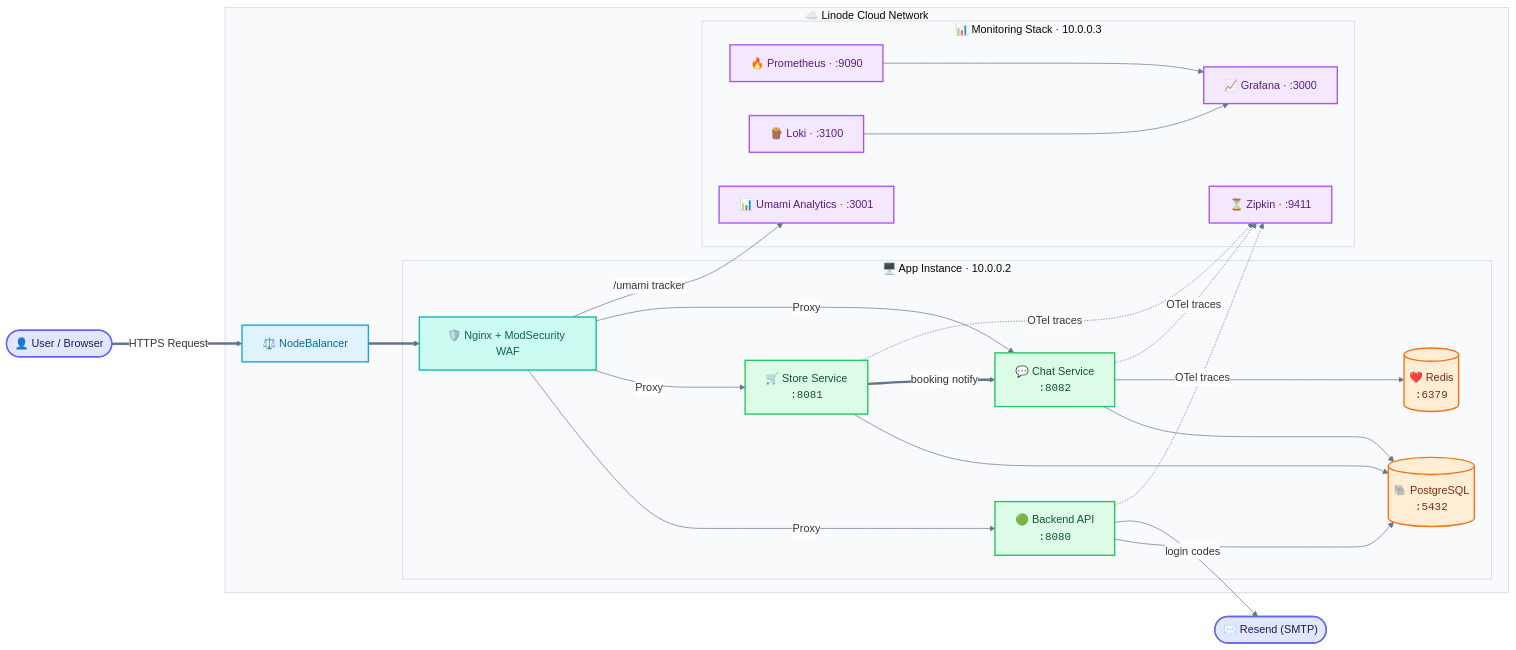
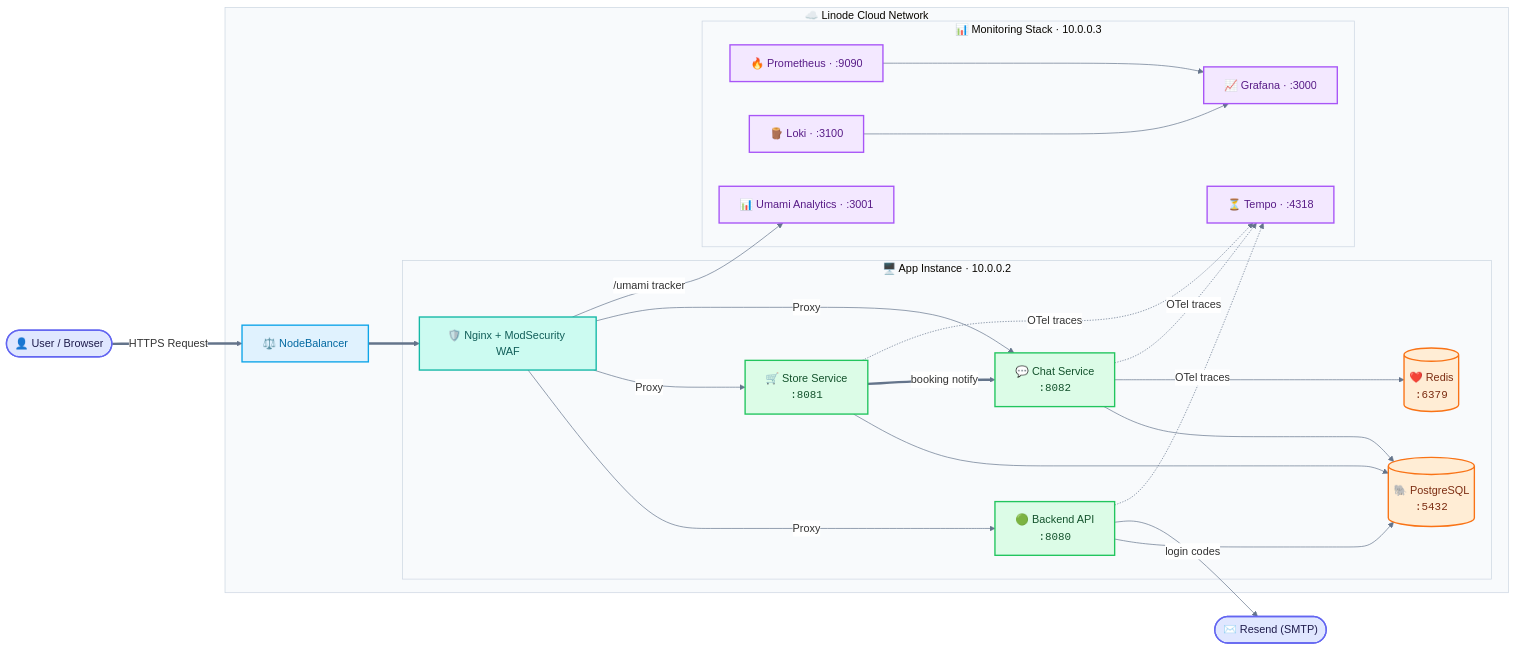
Before and after one commit to kennethatria/myGuy: the first of 2 diagrams in README.md, drawn with Mermaid. The commit also changed other lines of this file and 34 other files, not shown here.

````diff
--- a/README.md
+++ b/README.md
@@ -15,63 +15,63 @@
 ```mermaid
 %%{init: {'theme': 'base', 'themeVariables': {'clusterBkg': '#f8fafc', 'clusterBorder': '#cbd5e1', 'edgeLabelBackground': '#ffffff', 'lineColor': '#64748b'}}}%%
 
 graph LR
     %% Custom Semantic Styling
     classDef external   fill:#e0e7ff,stroke:#6366f1,color:#1e1b4b,stroke-width:2px;
     classDef lb         fill:#e0f2fe,stroke:#0ea5e9,color:#0369a1,stroke-width:2px;
     classDef gateway    fill:#ccfbf1,stroke:#14b8a6,color:#115e59,stroke-width:2px;
     classDef service    fill:#dcfce7,stroke:#22c55e,color:#14532d,stroke-width:2px;
     classDef database   fill:#ffedd5,stroke:#f97316,color:#7c2d12,stroke-width:2px;
     classDef monitoring fill:#f3e8ff,stroke:#a855f7,color:#581c87,stroke-width:2px;
 
     %% Nodes Definitions
     User(["👤 User / Browser"]):::external
 
     subgraph Linode["☁️ Linode Cloud Network"]
         NB["⚖️ NodeBalancer"]:::lb
 
         subgraph App["🖥️ App Instance · 10.0.0.2"]
             WAF["🛡️ Nginx + ModSecurity WAF"]:::gateway
             API["🟢 Backend API<br/><code>:8080</code>"]:::service
             STORE["🛒 Store Service<br/><code>:8081</code>"]:::service
             CHAT["💬 Chat Service<br/><code>:8082</code>"]:::service
             PG[("🐘 PostgreSQL<br/><code>:5432</code>")]:::database
             REDIS[("❤️ Redis<br/><code>:6379</code>")]:::database
         end
 
         subgraph Mon["📊 Monitoring Stack · 10.0.0.3"]
-            ZIPKIN["⏳ Zipkin · :9411"]:::monitoring
+            TEMPO["⏳ Tempo · :4318"]:::monitoring
             PROM["🔥 Prometheus · :9090"]:::monitoring
             LOKI["🪵 Loki · :3100"]:::monitoring
             GRAFANA["📈 Grafana · :3000"]:::monitoring
             UMAMI["📊 Umami Analytics · :3001"]:::monitoring
         end
     end
 
     MAIL(["✉️ Resend (SMTP)"]):::external
 
     %% Flow Topology
     User ==>|HTTPS Request| NB
     NB ==> WAF
     
     WAF -->|Proxy| API
     WAF -->|Proxy| STORE
     WAF -->|Proxy| CHAT
 
     API ---> PG
     STORE ---> PG
     CHAT ---> PG
     CHAT ---> REDIS
     
     STORE ==>|booking notify| CHAT
     API -->|login codes| MAIL
     WAF -->|/umami tracker| UMAMI
 
     %% Telemetry & Logging
-    API -.->|OTel traces| ZIPKIN
-    STORE -.->|OTel traces| ZIPKIN
-    CHAT -.->|OTel traces| ZIPKIN
+    API -.->|OTel traces| TEMPO
+    STORE -.->|OTel traces| TEMPO
+    CHAT -.->|OTel traces| TEMPO
     
     PROM ---> GRAFANA
     LOKI ---> GRAFANA
 ```
````
